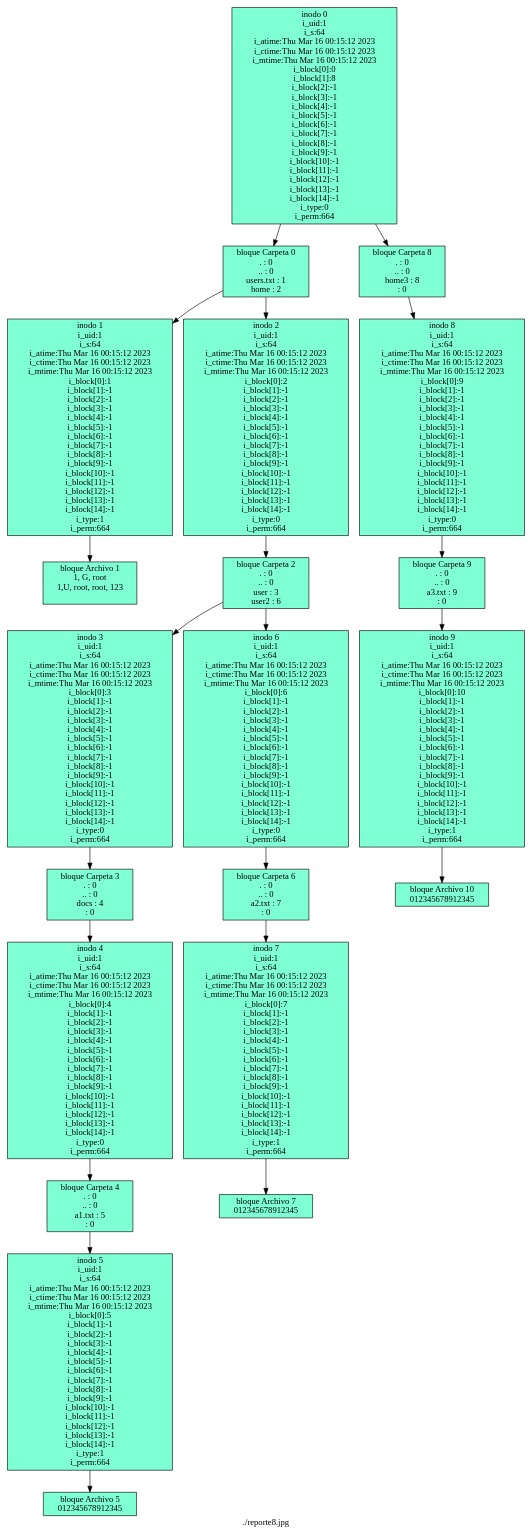
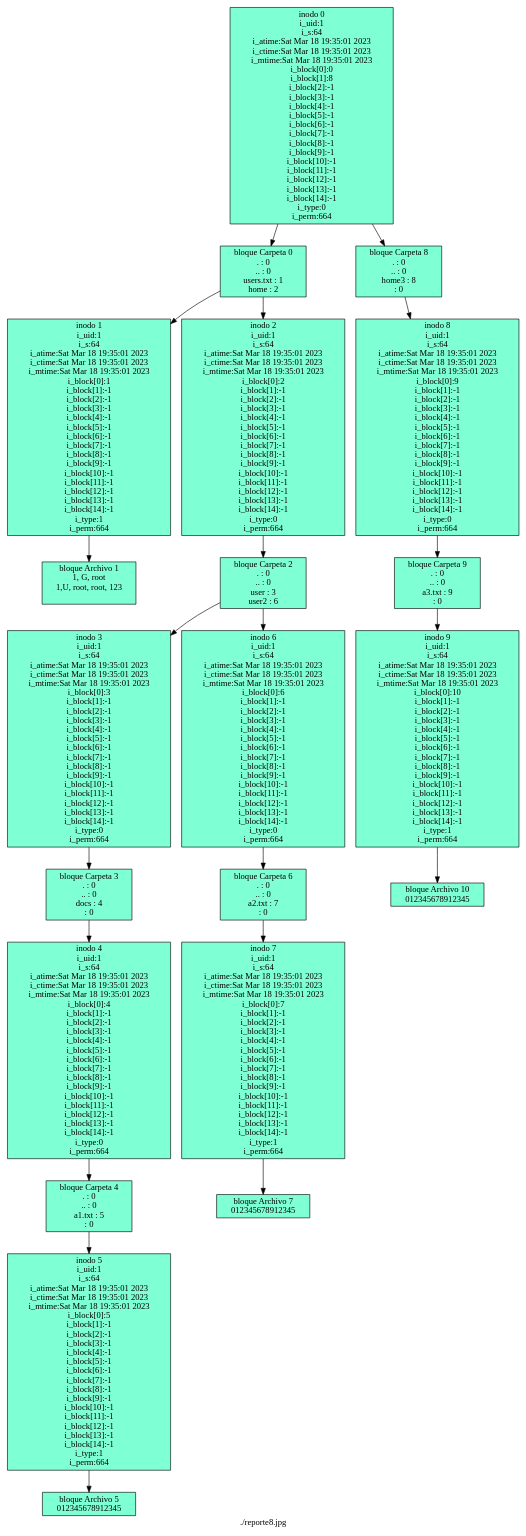
Before and after one commit to JoseMore99/-MIA-Proyecto1_201701015: the diagram in Reportree.dot, drawn with Graphviz. The commit also changed 21 other files, not shown here.

```diff
--- a/Reportree.dot
+++ b/Reportree.dot
@@ -1,87 +1,87 @@
 digraph G {
  label="./reporte8.jpg"
 node [shape=box fillcolor="aquamarine" style="filled"]
-nodeI0[label="inodo 0\ni_uid:1\ni_s:64\ni_atime:Thu Mar 16 00:15:12 2023
-i_ctime:Thu Mar 16 00:15:12 2023
-i_mtime:Thu Mar 16 00:15:12 2023
+nodeI0[label="inodo 0\ni_uid:1\ni_s:64\ni_atime:Sat Mar 18 19:35:01 2023
+i_ctime:Sat Mar 18 19:35:01 2023
+i_mtime:Sat Mar 18 19:35:01 2023
 i_block[0]:0\ni_block[1]:8\ni_block[2]:-1\ni_block[3]:-1\ni_block[4]:-1\ni_block[5]:-1\ni_block[6]:-1\ni_block[7]:-1\ni_block[8]:-1\ni_block[9]:-1\ni_block[10]:-1\ni_block[11]:-1\ni_block[12]:-1\ni_block[13]:-1\ni_block[14]:-1\ni_type:0\ni_perm:664"];
 nodeI0-> nodeB0
 nodeI0-> nodeB8
 nodeB0[label="bloque Carpeta 0\n. : 0\n.. : 0\nusers.txt : 1\nhome : 2\n"];
 nodeB0-> nodeI1;
 nodeB0-> nodeI2;
 nodeB8[label="bloque Carpeta 8\n. : 0\n.. : 0\nhome3 : 8\n : 0\n"];
 nodeB8-> nodeI8;
 
-nodeI1[label="inodo 1\ni_uid:1\ni_s:64\ni_atime:Thu Mar 16 00:15:12 2023
-i_ctime:Thu Mar 16 00:15:12 2023
-i_mtime:Thu Mar 16 00:15:12 2023
+nodeI1[label="inodo 1\ni_uid:1\ni_s:64\ni_atime:Sat Mar 18 19:35:01 2023
+i_ctime:Sat Mar 18 19:35:01 2023
+i_mtime:Sat Mar 18 19:35:01 2023
 i_block[0]:1\ni_block[1]:-1\ni_block[2]:-1\ni_block[3]:-1\ni_block[4]:-1\ni_block[5]:-1\ni_block[6]:-1\ni_block[7]:-1\ni_block[8]:-1\ni_block[9]:-1\ni_block[10]:-1\ni_block[11]:-1\ni_block[12]:-1\ni_block[13]:-1\ni_block[14]:-1\ni_type:1\ni_perm:664"];
 nodeI1-> nodeB1
 nodeB1[label="bloque Archivo 1\n1, G, root
 1,U, root, root, 123
 \n"];
 
-nodeI2[label="inodo 2\ni_uid:1\ni_s:64\ni_atime:Thu Mar 16 00:15:12 2023
-i_ctime:Thu Mar 16 00:15:12 2023
-i_mtime:Thu Mar 16 00:15:12 2023
+nodeI2[label="inodo 2\ni_uid:1\ni_s:64\ni_atime:Sat Mar 18 19:35:01 2023
+i_ctime:Sat Mar 18 19:35:01 2023
+i_mtime:Sat Mar 18 19:35:01 2023
 i_block[0]:2\ni_block[1]:-1\ni_block[2]:-1\ni_block[3]:-1\ni_block[4]:-1\ni_block[5]:-1\ni_block[6]:-1\ni_block[7]:-1\ni_block[8]:-1\ni_block[9]:-1\ni_block[10]:-1\ni_block[11]:-1\ni_block[12]:-1\ni_block[13]:-1\ni_block[14]:-1\ni_type:0\ni_perm:664"];
 nodeI2-> nodeB2
 nodeB2[label="bloque Carpeta 2\n. : 0\n.. : 0\nuser : 3\nuser2 : 6\n"];
 nodeB2-> nodeI3;
 nodeB2-> nodeI6;
 
-nodeI3[label="inodo 3\ni_uid:1\ni_s:64\ni_atime:Thu Mar 16 00:15:12 2023
-i_ctime:Thu Mar 16 00:15:12 2023
-i_mtime:Thu Mar 16 00:15:12 2023
+nodeI3[label="inodo 3\ni_uid:1\ni_s:64\ni_atime:Sat Mar 18 19:35:01 2023
+i_ctime:Sat Mar 18 19:35:01 2023
+i_mtime:Sat Mar 18 19:35:01 2023
 i_block[0]:3\ni_block[1]:-1\ni_block[2]:-1\ni_block[3]:-1\ni_block[4]:-1\ni_block[5]:-1\ni_block[6]:-1\ni_block[7]:-1\ni_block[8]:-1\ni_block[9]:-1\ni_block[10]:-1\ni_block[11]:-1\ni_block[12]:-1\ni_block[13]:-1\ni_block[14]:-1\ni_type:0\ni_perm:664"];
 nodeI3-> nodeB3
 nodeB3[label="bloque Carpeta 3\n. : 0\n.. : 0\ndocs : 4\n : 0\n"];
 nodeB3-> nodeI4;
 
-nodeI4[label="inodo 4\ni_uid:1\ni_s:64\ni_atime:Thu Mar 16 00:15:12 2023
-i_ctime:Thu Mar 16 00:15:12 2023
-i_mtime:Thu Mar 16 00:15:12 2023
+nodeI4[label="inodo 4\ni_uid:1\ni_s:64\ni_atime:Sat Mar 18 19:35:01 2023
+i_ctime:Sat Mar 18 19:35:01 2023
+i_mtime:Sat Mar 18 19:35:01 2023
 i_block[0]:4\ni_block[1]:-1\ni_block[2]:-1\ni_block[3]:-1\ni_block[4]:-1\ni_block[5]:-1\ni_block[6]:-1\ni_block[7]:-1\ni_block[8]:-1\ni_block[9]:-1\ni_block[10]:-1\ni_block[11]:-1\ni_block[12]:-1\ni_block[13]:-1\ni_block[14]:-1\ni_type:0\ni_perm:664"];
 nodeI4-> nodeB4
 nodeB4[label="bloque Carpeta 4\n. : 0\n.. : 0\na1.txt : 5\n : 0\n"];
 nodeB4-> nodeI5;
 
-nodeI5[label="inodo 5\ni_uid:1\ni_s:64\ni_atime:Thu Mar 16 00:15:12 2023
-i_ctime:Thu Mar 16 00:15:12 2023
-i_mtime:Thu Mar 16 00:15:12 2023
+nodeI5[label="inodo 5\ni_uid:1\ni_s:64\ni_atime:Sat Mar 18 19:35:01 2023
+i_ctime:Sat Mar 18 19:35:01 2023
+i_mtime:Sat Mar 18 19:35:01 2023
 i_block[0]:5\ni_block[1]:-1\ni_block[2]:-1\ni_block[3]:-1\ni_block[4]:-1\ni_block[5]:-1\ni_block[6]:-1\ni_block[7]:-1\ni_block[8]:-1\ni_block[9]:-1\ni_block[10]:-1\ni_block[11]:-1\ni_block[12]:-1\ni_block[13]:-1\ni_block[14]:-1\ni_type:1\ni_perm:664"];
 nodeI5-> nodeB5
 nodeB5[label="bloque Archivo 5\n012345678912345\n"];
 
-nodeI6[label="inodo 6\ni_uid:1\ni_s:64\ni_atime:Thu Mar 16 00:15:12 2023
-i_ctime:Thu Mar 16 00:15:12 2023
-i_mtime:Thu Mar 16 00:15:12 2023
+nodeI6[label="inodo 6\ni_uid:1\ni_s:64\ni_atime:Sat Mar 18 19:35:01 2023
+i_ctime:Sat Mar 18 19:35:01 2023
+i_mtime:Sat Mar 18 19:35:01 2023
 i_block[0]:6\ni_block[1]:-1\ni_block[2]:-1\ni_block[3]:-1\ni_block[4]:-1\ni_block[5]:-1\ni_block[6]:-1\ni_block[7]:-1\ni_block[8]:-1\ni_block[9]:-1\ni_block[10]:-1\ni_block[11]:-1\ni_block[12]:-1\ni_block[13]:-1\ni_block[14]:-1\ni_type:0\ni_perm:664"];
 nodeI6-> nodeB6
 nodeB6[label="bloque Carpeta 6\n. : 0\n.. : 0\na2.txt : 7\n : 0\n"];
 nodeB6-> nodeI7;
 
-nodeI7[label="inodo 7\ni_uid:1\ni_s:64\ni_atime:Thu Mar 16 00:15:12 2023
-i_ctime:Thu Mar 16 00:15:12 2023
-i_mtime:Thu Mar 16 00:15:12 2023
+nodeI7[label="inodo 7\ni_uid:1\ni_s:64\ni_atime:Sat Mar 18 19:35:01 2023
+i_ctime:Sat Mar 18 19:35:01 2023
+i_mtime:Sat Mar 18 19:35:01 2023
 i_block[0]:7\ni_block[1]:-1\ni_block[2]:-1\ni_block[3]:-1\ni_block[4]:-1\ni_block[5]:-1\ni_block[6]:-1\ni_block[7]:-1\ni_block[8]:-1\ni_block[9]:-1\ni_block[10]:-1\ni_block[11]:-1\ni_block[12]:-1\ni_block[13]:-1\ni_block[14]:-1\ni_type:1\ni_perm:664"];
 nodeI7-> nodeB7
 nodeB7[label="bloque Archivo 7\n012345678912345\n"];
 
-nodeI8[label="inodo 8\ni_uid:1\ni_s:64\ni_atime:Thu Mar 16 00:15:12 2023
-i_ctime:Thu Mar 16 00:15:12 2023
-i_mtime:Thu Mar 16 00:15:12 2023
+nodeI8[label="inodo 8\ni_uid:1\ni_s:64\ni_atime:Sat Mar 18 19:35:01 2023
+i_ctime:Sat Mar 18 19:35:01 2023
+i_mtime:Sat Mar 18 19:35:01 2023
 i_block[0]:9\ni_block[1]:-1\ni_block[2]:-1\ni_block[3]:-1\ni_block[4]:-1\ni_block[5]:-1\ni_block[6]:-1\ni_block[7]:-1\ni_block[8]:-1\ni_block[9]:-1\ni_block[10]:-1\ni_block[11]:-1\ni_block[12]:-1\ni_block[13]:-1\ni_block[14]:-1\ni_type:0\ni_perm:664"];
 nodeI8-> nodeB9
 nodeB9[label="bloque Carpeta 9\n. : 0\n.. : 0\na3.txt : 9\n : 0\n"];
 nodeB9-> nodeI9;
 
-nodeI9[label="inodo 9\ni_uid:1\ni_s:64\ni_atime:Thu Mar 16 00:15:12 2023
-i_ctime:Thu Mar 16 00:15:12 2023
-i_mtime:Thu Mar 16 00:15:12 2023
+nodeI9[label="inodo 9\ni_uid:1\ni_s:64\ni_atime:Sat Mar 18 19:35:01 2023
+i_ctime:Sat Mar 18 19:35:01 2023
+i_mtime:Sat Mar 18 19:35:01 2023
 i_block[0]:10\ni_block[1]:-1\ni_block[2]:-1\ni_block[3]:-1\ni_block[4]:-1\ni_block[5]:-1\ni_block[6]:-1\ni_block[7]:-1\ni_block[8]:-1\ni_block[9]:-1\ni_block[10]:-1\ni_block[11]:-1\ni_block[12]:-1\ni_block[13]:-1\ni_block[14]:-1\ni_type:1\ni_perm:664"];
 nodeI9-> nodeB10
 nodeB10[label="bloque Archivo 10\n012345678912345\n"];
 
 }
```
